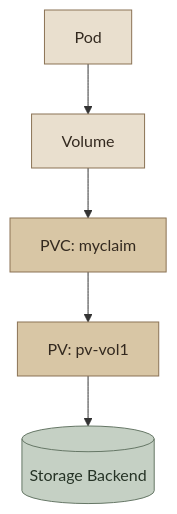
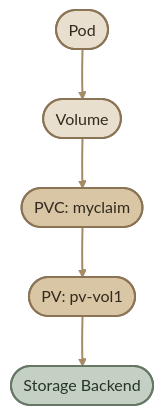
One commit to mustafammasoud/ops-handbook changed the third of 3 diagrams in content/container-orchestration/kubernetes/Storage/persistent-volume-claims.mdx. Above: the diagram before and after it, drawn with Mermaid. The commit also changed other lines of this file and 2 other files, not shown here.

````diff
--- a/content/container-orchestration/kubernetes/Storage/persistent-volume-claims.mdx
+++ b/content/container-orchestration/kubernetes/Storage/persistent-volume-claims.mdx
@@ -280,15 +282,17 @@
 ```mermaid
 flowchart TD
-    A["Pod"] --> B["Volume"]
-    B --> C["PVC: myclaim"]
-    C --> D["PV: pv-vol1"]
-    D --> E[("Storage Backend")]
+    A(["Pod"]) --> B(["Volume"])
+    B --> C(["PVC: myclaim"])
+    C --> D(["PV: pv-vol1"])
+    D --> E(["Storage Backend"])
 
-    classDef pod fill:#e9dfce,stroke:#8b7355,color:#33291f
-    classDef claim fill:#d8c6a5,stroke:#8b7355,color:#33291f
-    classDef backend fill:#c5d0c4,stroke:#667766,color:#263326
+    classDef pod fill:#e9dfce,stroke:#8b7355,color:#33291f,stroke-width:2px
+    classDef claim fill:#d8c6a5,stroke:#8b7355,color:#33291f,stroke-width:2px
+    classDef backend fill:#c5d0c4,stroke:#667766,color:#263326,stroke-width:2px
 
     class A,B pod
     class C,D claim
     class E backend
+
+    linkStyle default stroke:#a58a64,stroke-width:2px
 ```
````
